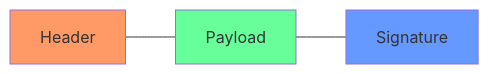
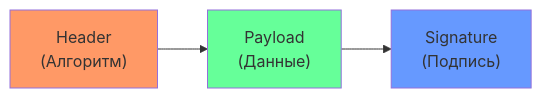
Before and after one commit to IBraveMonkey/data_structure-algorithms: the first of 2 diagrams in информатика(теория)/security/1.JWT.md, drawn with Mermaid. The commit also changed other lines of this file and 22 other files, not shown here.

````diff
--- a/информатика(теория)/security/1.JWT.md
+++ b/информатика(теория)/security/1.JWT.md
@@ -27,7 +72,7 @@
 ```mermaid
-graph LR
-    H[Header] --- P[Payload] --- S[Signature]
+flowchart LR
+    H["Header<br/>(Алгоритм)"] --> P["Payload<br/>(Данные)"] --> S["Signature<br/>(Подпись)"]
     style H fill:#f96
     style P fill:#6f9
     style S fill:#69f
 ```
````
